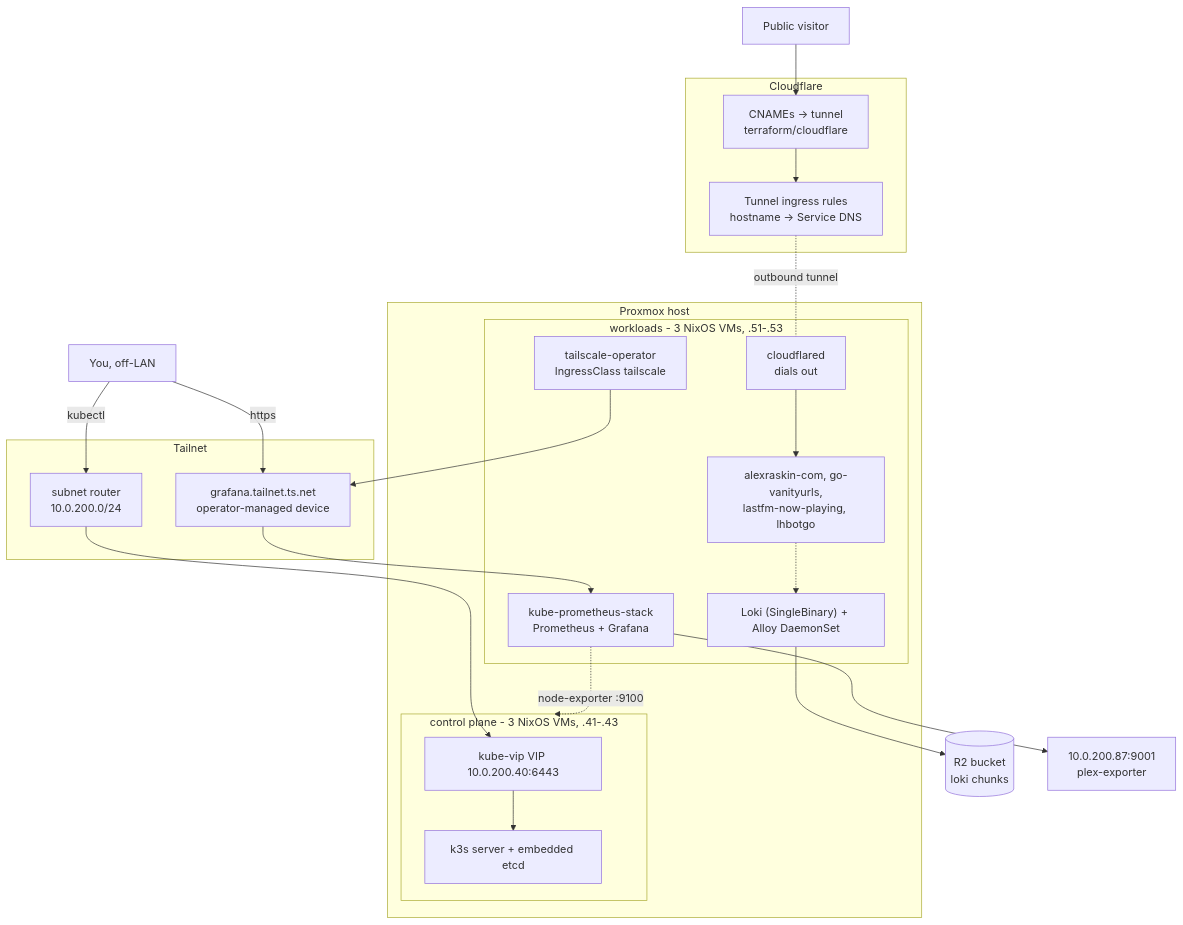
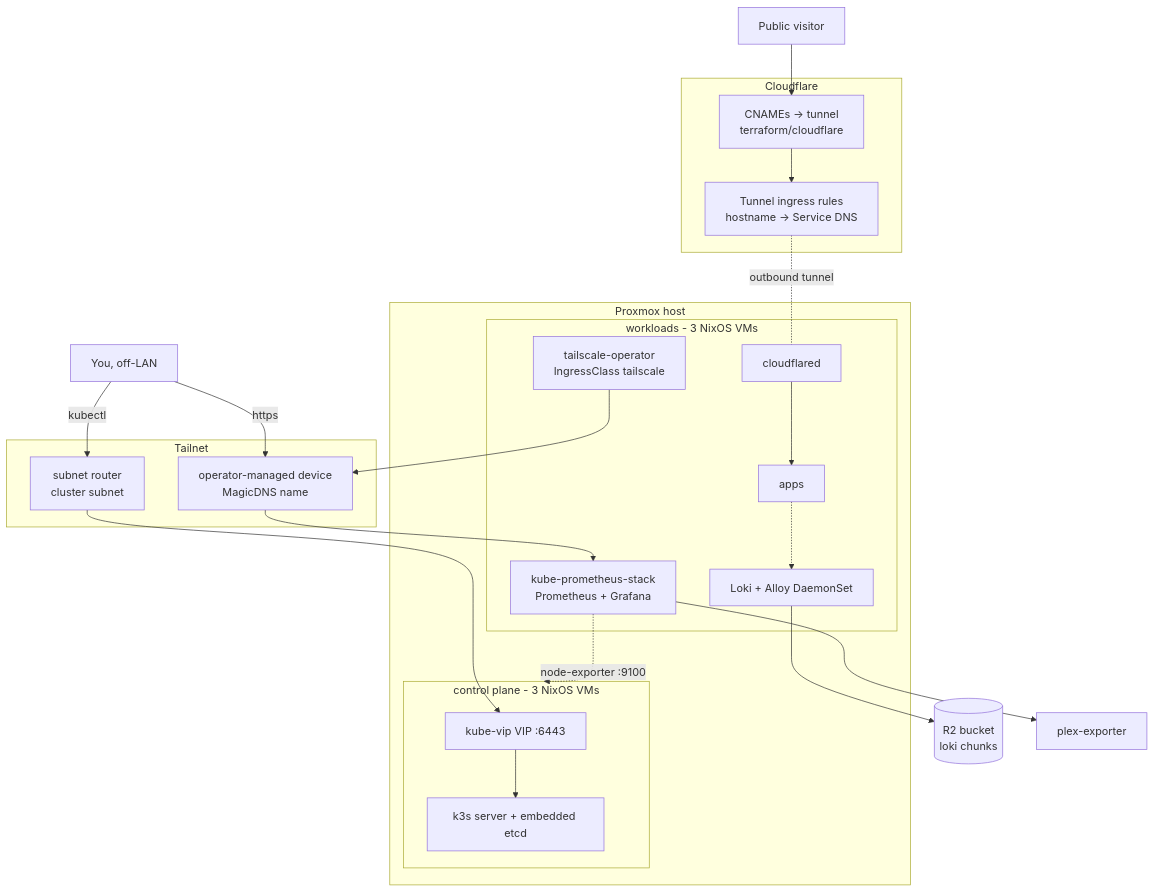
Before and after one commit to alexraskin/infrastructure: the second of 2 diagrams in README.md, drawn with Mermaid. The commit also changed other lines of this file, not shown here.

````diff
--- a/README.md
+++ b/README.md
@@ -77,45 +77,45 @@
 ```mermaid
 flowchart TB
     USER["Public visitor"]
     ADMIN["You, off-LAN"]
 
     subgraph cf["Cloudflare"]
         DNS["CNAMEs -> tunnel<br/>terraform/cloudflare"]
         TUN["Tunnel ingress rules<br/>hostname -> Service DNS"]
     end
 
     subgraph ts["Tailnet"]
-        SR["subnet router<br/>10.0.200.0/24"]
-        TSD["grafana.tailnet.ts.net<br/>operator-managed device"]
+        SR["subnet router<br/>cluster subnet"]
+        TSD["operator-managed device<br/>MagicDNS name"]
     end
 
     subgraph pve["Proxmox host"]
-        subgraph cp["control plane - 3 NixOS VMs, .41-.43"]
-            VIP["kube-vip VIP 10.0.200.40:6443"]
+        subgraph cp["control plane - 3 NixOS VMs"]
+            VIP["kube-vip VIP :6443"]
             ETCD["k3s server + embedded etcd"]
         end
-        subgraph ag["workloads - 3 NixOS VMs, .51-.53"]
-            CFD["cloudflared<br/>dials out"]
-            APPS["alexraskin-com, go-vanityurls,<br/>lastfm-now-playing, lhbotgo"]
+        subgraph ag["workloads - 3 NixOS VMs"]
+            CFD["cloudflared"]
+            APPS["apps"]
             MON["kube-prometheus-stack<br/>Prometheus + Grafana"]
-            LOG["Loki (SingleBinary) + Alloy DaemonSet"]
+            LOG["Loki + Alloy DaemonSet"]
             TSO["tailscale-operator<br/>IngressClass tailscale"]
         end
     end
 
     R2L[("R2 bucket<br/>loki chunks")]
-    PLEX["10.0.200.87:9001<br/>plex-exporter"]
+    PLEX["plex-exporter"]
 
     USER --> DNS --> TUN
     TUN -. "outbound tunnel" .- CFD
     CFD --> APPS
 
     ADMIN -- kubectl --> SR --> VIP --> ETCD
     ADMIN -- https --> TSD --> MON
     TSO --> TSD
 
     APPS -.-> LOG
     LOG --> R2L
     MON --> PLEX
     MON -. "node-exporter :9100" .-> cp
 ```
````
